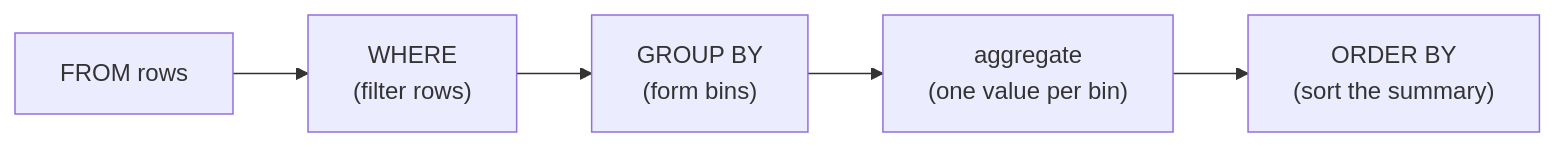
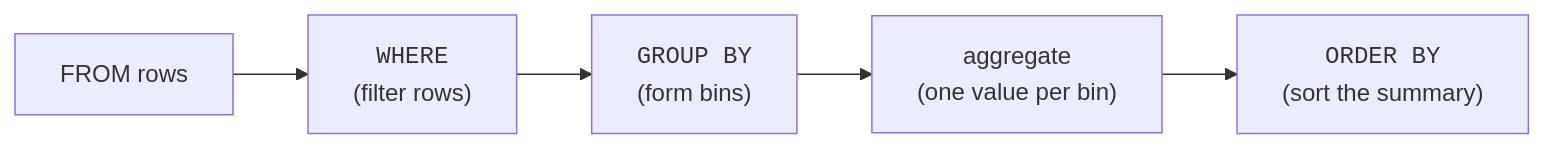
The third of 3 diagrams in content/learn/sql-analytics-duckdb/grouping-data.mdx (dataslope/dataslope), drawn with Mermaid before and after one commit. The commit also changed other lines of this file and 56 other files, not shown here.

````diff
--- a/content/learn/sql-analytics-duckdb/grouping-data.mdx
+++ b/content/learn/sql-analytics-duckdb/grouping-data.mdx
@@ -163,7 +163,7 @@
 ```mermaid
 flowchart LR
-    F["FROM rows"] --> W["WHERE<br/>(filter rows)"]
-    W --> G["GROUP BY<br/>(form bins)"]
+    F["FROM rows"] --> W["<code>WHERE</code><br/>(filter rows)"]
+    W --> G["<code>GROUP BY</code><br/>(form bins)"]
     G --> A["aggregate<br/>(one value per bin)"]
-    A --> O["ORDER BY<br/>(sort the summary)"]
+    A --> O["<code>ORDER BY</code><br/>(sort the summary)"]
 ```
````
